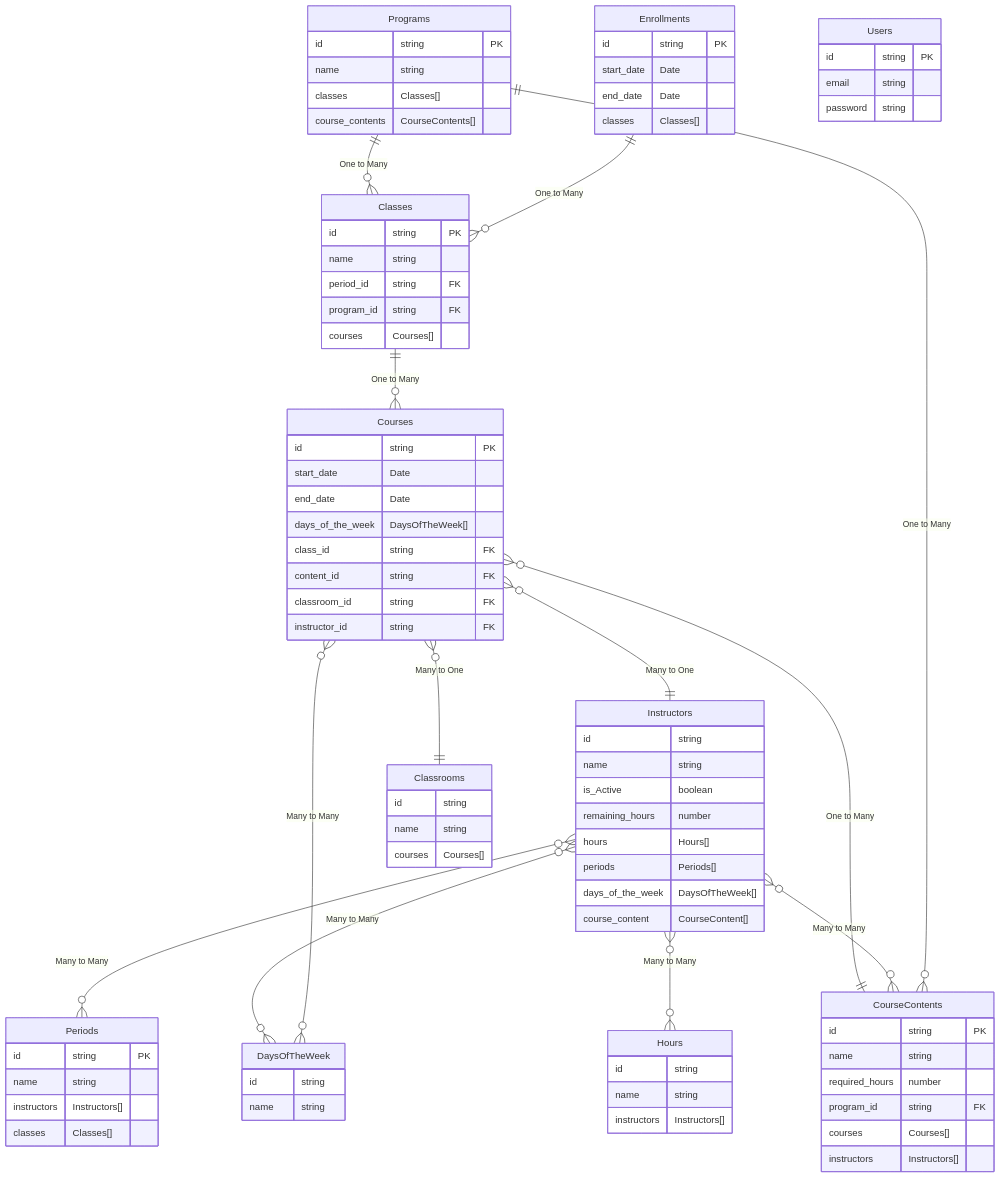
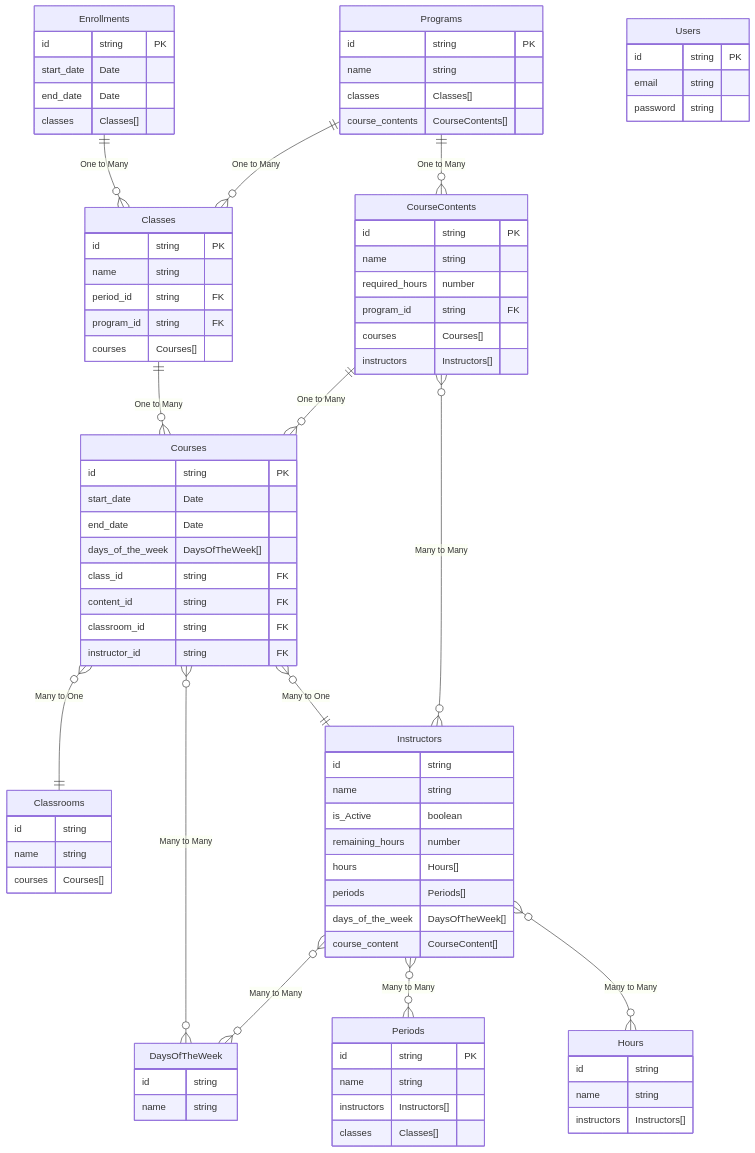
One commit to kanta1207/program-schedular-app changed the diagram in docs/backend/erd/ERD.mermaid. Above: the diagram before and after it, drawn with Mermaid. The commit also changed other lines of this file and 1 other file, not shown here.

```diff
--- a/docs/backend/erd/ERD.mermaid
+++ b/docs/backend/erd/ERD.mermaid
@@ -1,99 +1,99 @@
 erDiagram
+    Programs ||--o{ CourseContents : "One to Many"
     Enrollments ||--o{ Classes : "One to Many"
-    Programs ||--o{ CourseContents : "One to Many"
-    CourseContents ||--o{  Courses : "One to Many"
-    Instructors }o--o{ CourseContents : "Many to Many"
-    Instructors }o--o{ Periods : "Many to Many"
-    Instructors }o--o{ Hours : "Many to Many"
     Programs ||--o{ Classes : "One to Many"
     Classes ||--o{ Courses : "One to Many"
     Courses }o--o{ DaysOfTheWeek : "Many to Many"
     Courses }o--|| Classrooms : "Many to One"
     Courses }o--|| Instructors : "Many to One"
+    CourseContents ||--o{  Courses : "One to Many"
+    Instructors }o--o{ CourseContents : "Many to Many"
+    Instructors }o--o{ Periods : "Many to Many"
+    Instructors }o--o{ Hours : "Many to Many"
   
   
     Instructors }o--o{ DaysOfTheWeek : "Many to Many"
 
     Users {
         id string PK
         email string
         password string
     }
 
     Enrollments {
         id string PK
         start_date Date
         end_date Date
         classes Classes[]
     }
 
     Programs {
         id string PK
         name string
         classes Classes[]
         course_contents CourseContents[]
     }
 
     CourseContents {
         id string PK
         name string
         required_hours number
         program_id string FK
         courses Courses[]
         instructors Instructors[]
     }
 
     Classes {
         id string PK
         name string
         period_id string FK
         program_id string FK
         courses Courses[]
     }
 
     Periods {
         id string PK
         name string
         instructors Instructors[]
         classes Classes[]
     }
 
     Courses {
         id string PK
         start_date Date
         end_date Date
         days_of_the_week DaysOfTheWeek[]
         class_id string FK
         content_id string FK
         classroom_id string FK
         instructor_id string FK
     }
 
     DaysOfTheWeek {
         id string
         name string
     }
 
     Classrooms {
         id string
         name string
         courses Courses[]
     }
 
     Instructors {
         id string
         name string
         is_Active boolean
         remaining_hours number
 hours Hours[]
         periods Periods[]
         days_of_the_week DaysOfTheWeek[]
         course_content CourseContent[]
         
     }
 
     Hours {
         id string
         name string
 instructors Instructors[]
     }
```
